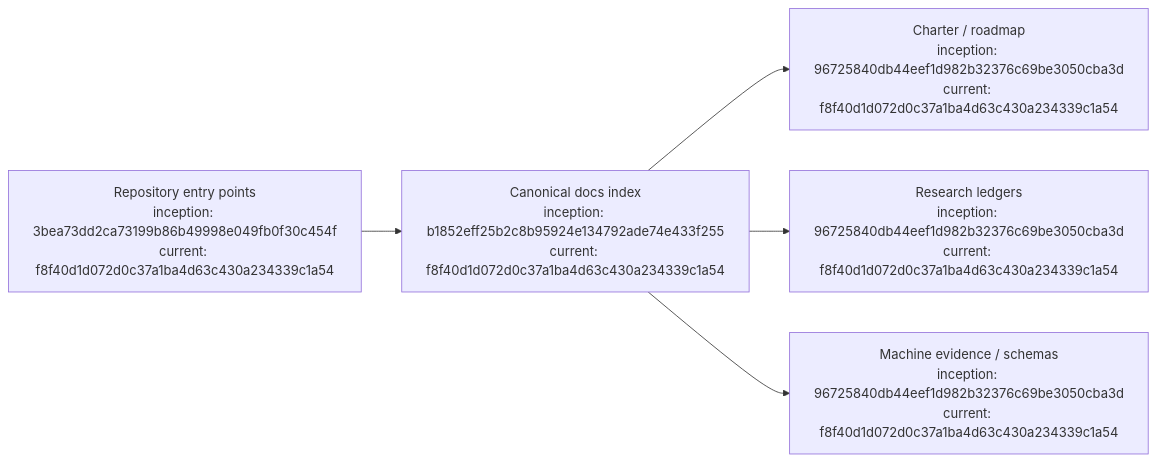
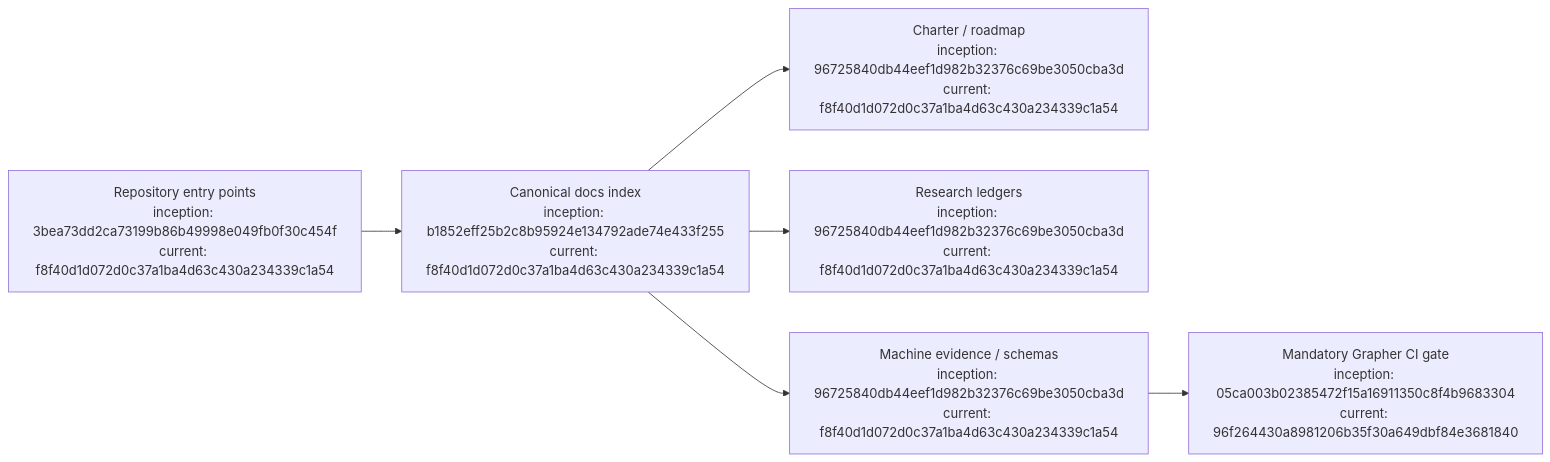
The diagram in docs/INDEX.md (seanbman/dreadnought), drawn with Mermaid before and after one commit. The commit also changed other lines of this file, not shown here.

Commit message:
docs: note Grapher CI invariant in canonical index

````diff
--- a/docs/INDEX.md
+++ b/docs/INDEX.md
@@ -52,7 +52,8 @@
 ```mermaid
 flowchart LR
     R["Repository entry points<br/>inception: 3bea73dd2ca73199b86b49998e049fb0f30c454f<br/>current: f8f40d1d072d0c37a1ba4d63c430a234339c1a54"] --> I["Canonical docs index<br/>inception: b1852eff25b2c8b95924e134792ade74e433f255<br/>current: f8f40d1d072d0c37a1ba4d63c430a234339c1a54"]
     I --> C["Charter / roadmap<br/>inception: 96725840db44eef1d982b32376c69be3050cba3d<br/>current: f8f40d1d072d0c37a1ba4d63c430a234339c1a54"]
     I --> L["Research ledgers<br/>inception: 96725840db44eef1d982b32376c69be3050cba3d<br/>current: f8f40d1d072d0c37a1ba4d63c430a234339c1a54"]
     I --> P["Machine evidence / schemas<br/>inception: 96725840db44eef1d982b32376c69be3050cba3d<br/>current: f8f40d1d072d0c37a1ba4d63c430a234339c1a54"]
+    P --> G["Mandatory Grapher CI gate<br/>inception: 05ca003b02385472f15a16911350c8f4b9683304<br/>current: 96f264430a8981206b35f30a649dbf84e3681840"]
 ```
````
